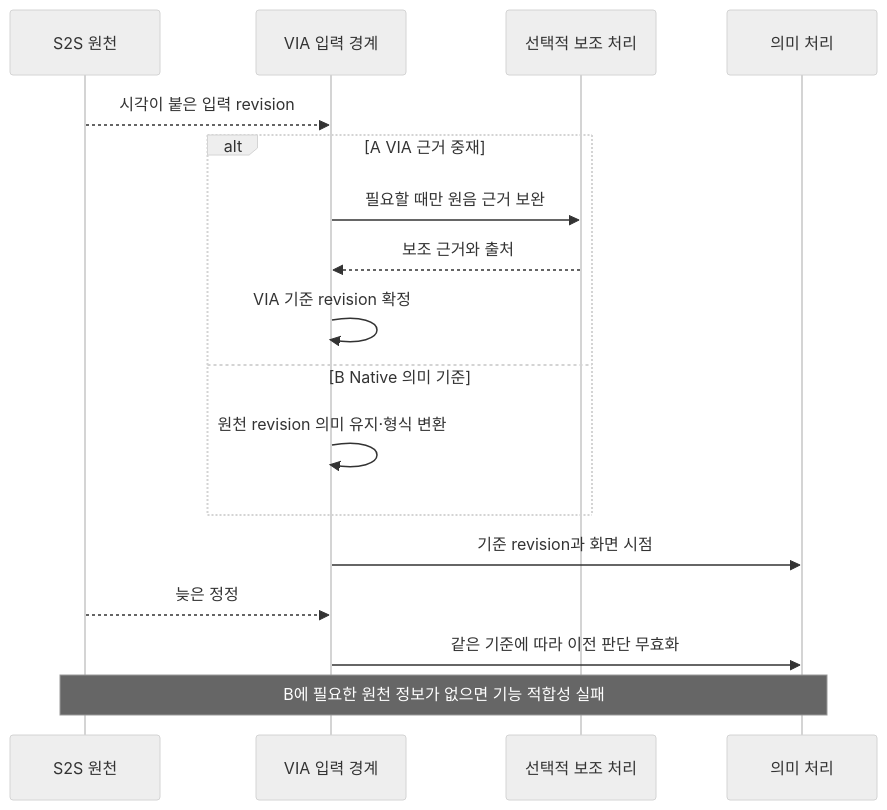
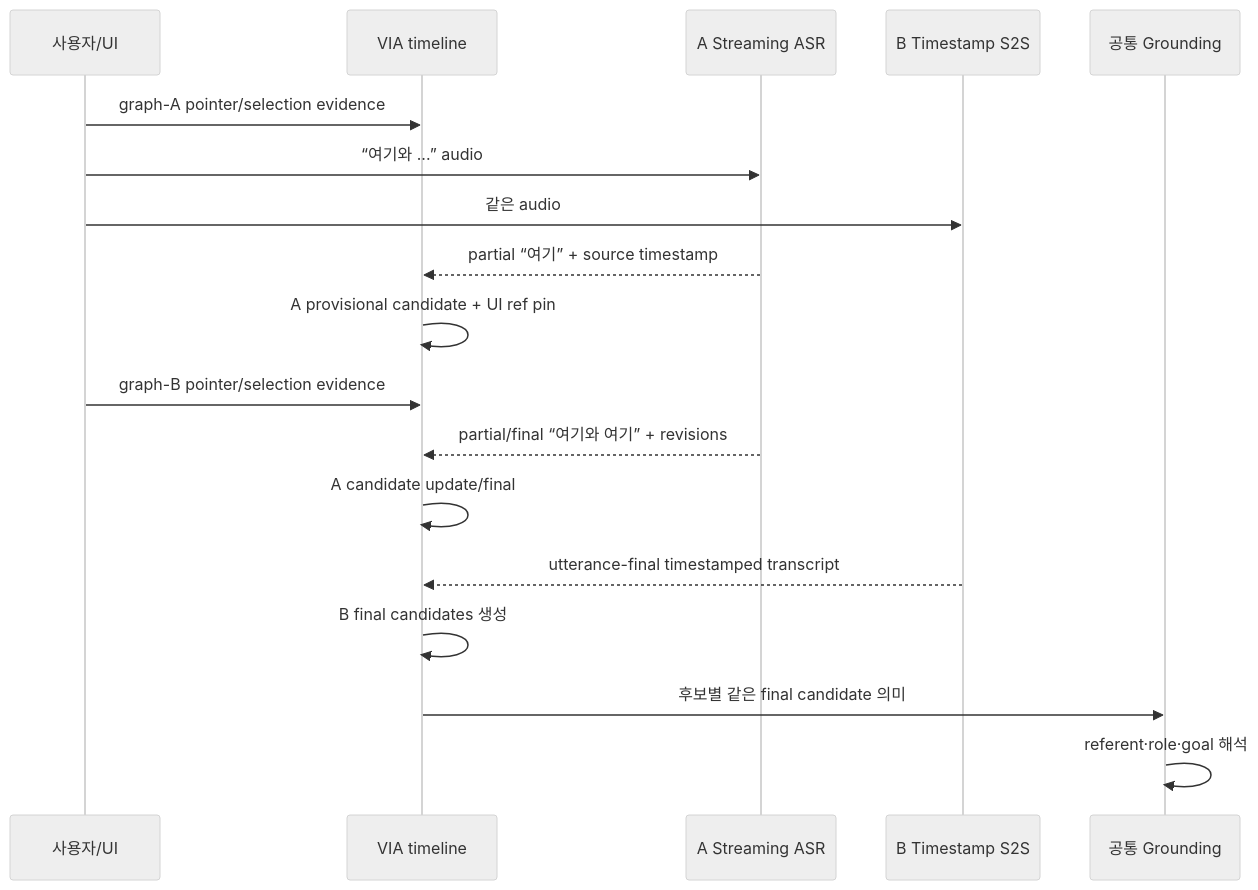
Before and after one commit to cbyche/via-sw-architecture: the third of 3 diagrams in docs/architecture/12-decisions/via-dp-03-voice-evidence.md, drawn with Mermaid (neutral theme). The commit also changed other lines of this file and 34 other files, not shown here.

Commit message:
docs: define VIA-DP-03 voice evidence alternatives

````diff
--- a/docs/architecture/12-decisions/via-dp-03-voice-evidence.md
+++ b/docs/architecture/12-decisions/via-dp-03-voice-evidence.md
@@ -122,19 +241,20 @@
 ```mermaid
 sequenceDiagram
- participant S as S2S 원천
- participant V as VIA 입력 경계
- participant H as 선택적 보조 처리
- participant C as 의미 처리
- S-->>V: 시각이 붙은 입력 revision
- alt A VIA 근거 중재
- V->>H: 필요할 때만 원음 근거 보완
- H-->>V: 보조 근거와 출처
- V->>V: VIA 기준 revision 확정
- else B Native 의미 기준
- V->>V: 원천 revision 의미 유지·형식 변환
- end
- V->>C: 기준 revision과 화면 시점
- S-->>V: 늦은 정정
- V->>C: 같은 기준에 따라 이전 판단 무효화
- Note over S,C: B에 필요한 원천 정보가 없으면 기능 적합성 실패
+ participant U as 사용자/UI
+ participant V as VIA timeline
+ participant A as A Streaming ASR
+ participant B as B Timestamp S2S
+ participant G as 공통 Grounding
+ U->>V: graph-A pointer/selection evidence
+ U->>A: “여기와 ...” audio
+ U->>B: 같은 audio
+ A-->>V: partial “여기” + source timestamp
+ V->>V: A provisional candidate + UI ref pin
+ U->>V: graph-B pointer/selection evidence
+ A-->>V: partial/final “여기와 여기” + revisions
+ V->>V: A candidate update/final
+ B-->>V: utterance-final timestamped transcript
+ V->>V: B final candidates 생성
+ V->>G: 후보별 같은 final candidate 의미
+ G->>G: referent·role·goal 해석
 ```
````
